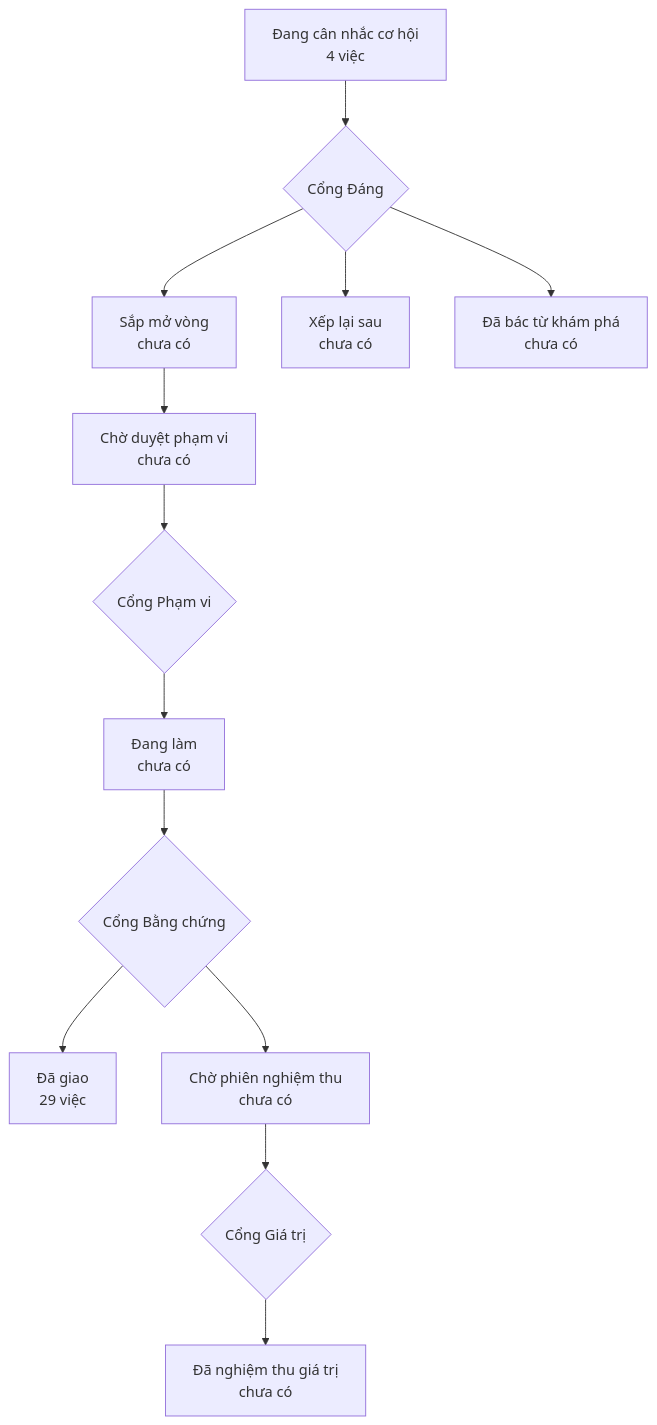
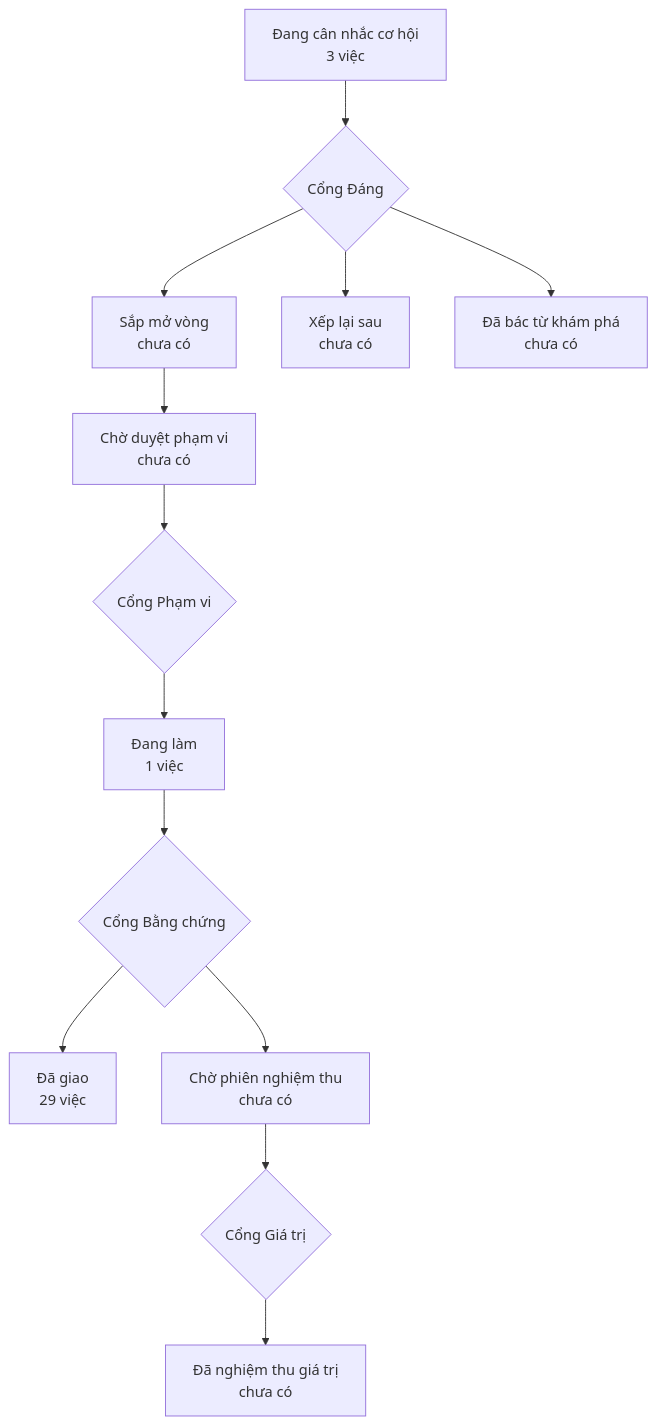
One commit to phanlemanh/OneFlow changed the diagram in PRODUCT-MAP.md. Above: the diagram before and after it, drawn with Mermaid. The commit also changed other lines of this file and 8 other files, not shown here.

````diff
--- a/PRODUCT-MAP.md
+++ b/PRODUCT-MAP.md
@@ -6,12 +6,12 @@
 ```mermaid
 flowchart TD
-  A["Đang cân nhắc cơ hội<br/>4 việc"] --> GD{"Cổng Đáng"}
+  A["Đang cân nhắc cơ hội<br/>3 việc"] --> GD{"Cổng Đáng"}
   GD --> B["Sắp mở vòng<br/>chưa có"]
   GD --> XL["Xếp lại sau<br/>chưa có"]
   GD --> DB["Đã bác từ khám phá<br/>chưa có"]
   B --> CD["Chờ duyệt phạm vi<br/>chưa có"] --> GP{"Cổng Phạm vi"}
-  GP --> DL["Đang làm<br/>chưa có"] --> GB{"Cổng Bằng chứng"}
+  GP --> DL["Đang làm<br/>1 việc"] --> GB{"Cổng Bằng chứng"}
   GB --> DG["Đã giao<br/>29 việc"]
   GB --> CN["Chờ phiên nghiệm thu<br/>chưa có"] --> GG{"Cổng Giá trị"}
   GG --> NT["Đã nghiệm thu giá trị<br/>chưa có"]
 ```
````
